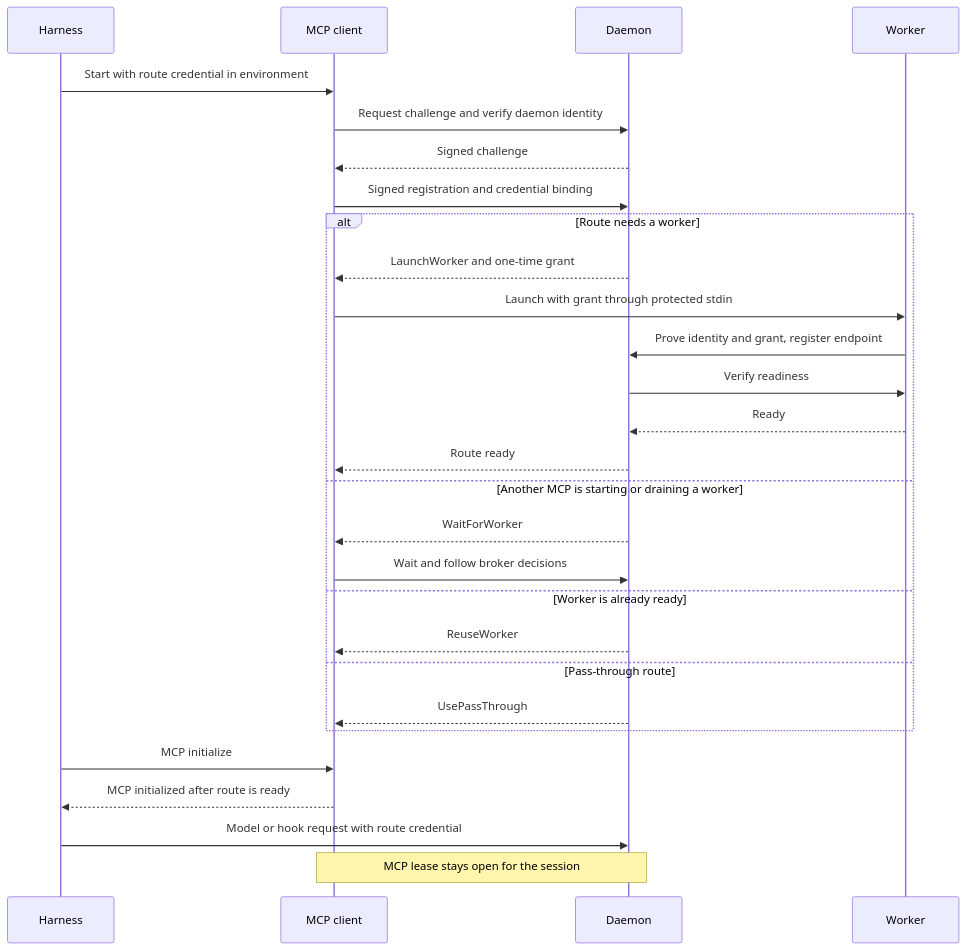
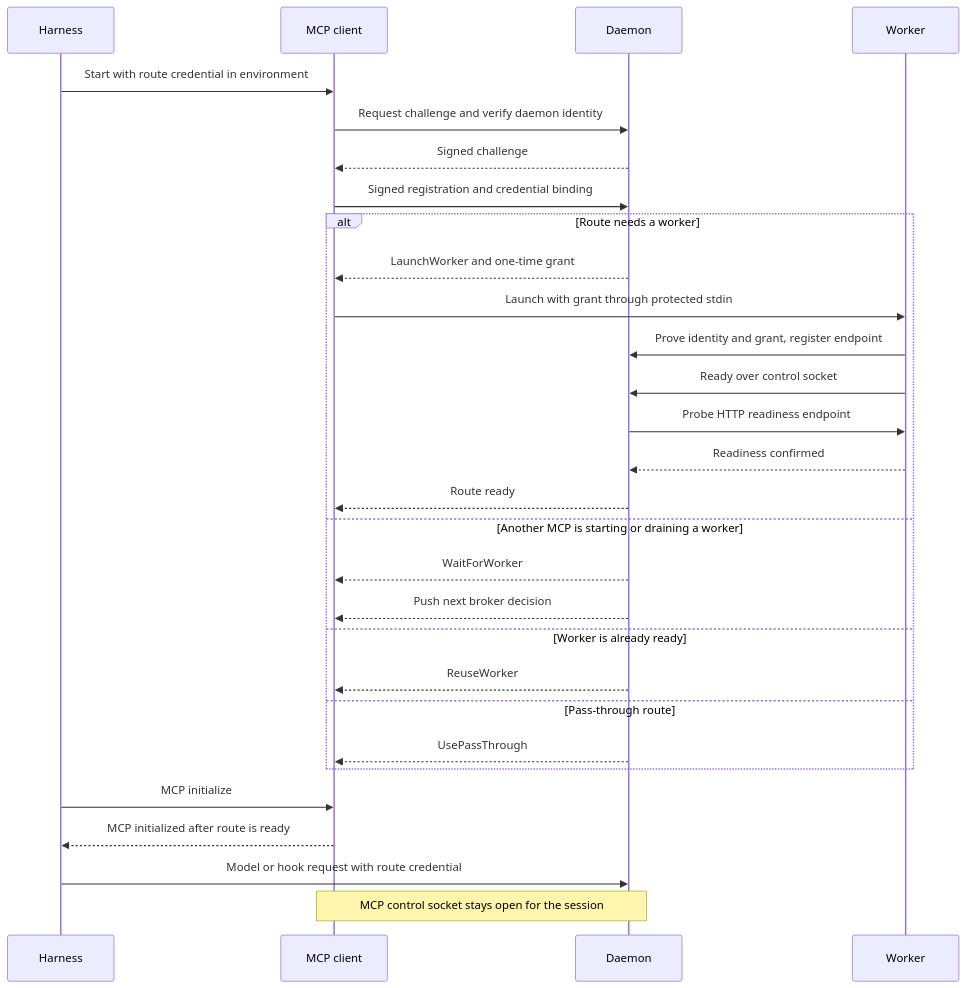
One commit to NVIDIA/NeMo-Flow changed the third of 4 diagrams in docs/daemon/architecture.mdx. Above: the diagram before and after it, drawn with Mermaid. The commit also changed other lines of this file and 32 other files, not shown here.

First line of the commit message:
feat(daemon): use WebSocket sessions for daemon control (#1020)

````diff
--- a/docs/daemon/architecture.mdx
+++ b/docs/daemon/architecture.mdx
@@ -90,30 +94,31 @@
 ```mermaid
 sequenceDiagram
     participant H as Harness
     participant M as MCP client
     participant D as Daemon
     participant W as Worker
     H->>M: Start with route credential in environment
     M->>D: Request challenge and verify daemon identity
     D-->>M: Signed challenge
     M->>D: Signed registration and credential binding
     alt Route needs a worker
         D-->>M: LaunchWorker and one-time grant
         M->>W: Launch with grant through protected stdin
         W->>D: Prove identity and grant, register endpoint
-        D->>W: Verify readiness
-        W-->>D: Ready
+        W->>D: Ready over control socket
+        D->>W: Probe HTTP readiness endpoint
+        W-->>D: Readiness confirmed
         D-->>M: Route ready
     else Another MCP is starting or draining a worker
         D-->>M: WaitForWorker
-        M->>D: Wait and follow broker decisions
+        D-->>M: Push next broker decision
     else Worker is already ready
         D-->>M: ReuseWorker
     else Pass-through route
         D-->>M: UsePassThrough
     end
     H->>M: MCP initialize
     M-->>H: MCP initialized after route is ready
     H->>D: Model or hook request with route credential
-    Note over M,D: MCP lease stays open for the session
+    Note over M,D: MCP control socket stays open for the session
 ```
````
